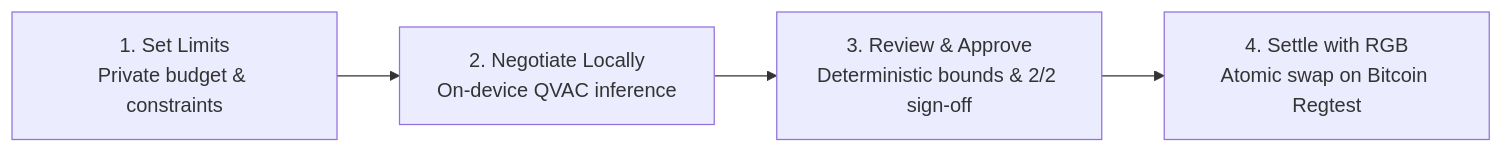
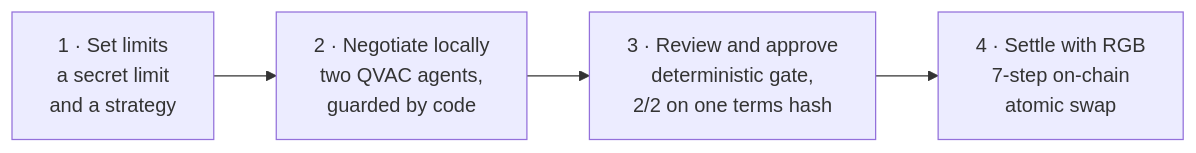
Before and after one commit to MoneyWithMemory/mwm: the first of 2 diagrams in README.md, drawn with Mermaid. The commit also changed other lines of this file and 1 other file, not shown here.

````diff
--- a/README.md
+++ b/README.md
@@ -30,7 +66,6 @@
 ```mermaid
 flowchart LR
-    A["1. Set Limits<br/>Private budget & constraints"] -->
-    B["2. Negotiate Locally<br/>On-device QVAC inference"] -->
-    C["3. Review & Approve<br/>Deterministic bounds & 2/2 sign-off"] -->
-    D["4. Settle with RGB<br/>Atomic swap on Bitcoin Regtest"]
+    A["1 · Set limits<br/>a secret limit<br/>and a strategy"] --> B["2 · Negotiate locally<br/>two QVAC agents,<br/>guarded by code"]
+    B --> C["3 · Review and approve<br/>deterministic gate,<br/>2/2 on one terms hash"]
+    C --> D["4 · Settle with RGB<br/>7-step on-chain<br/>atomic swap"]
 ```
````
